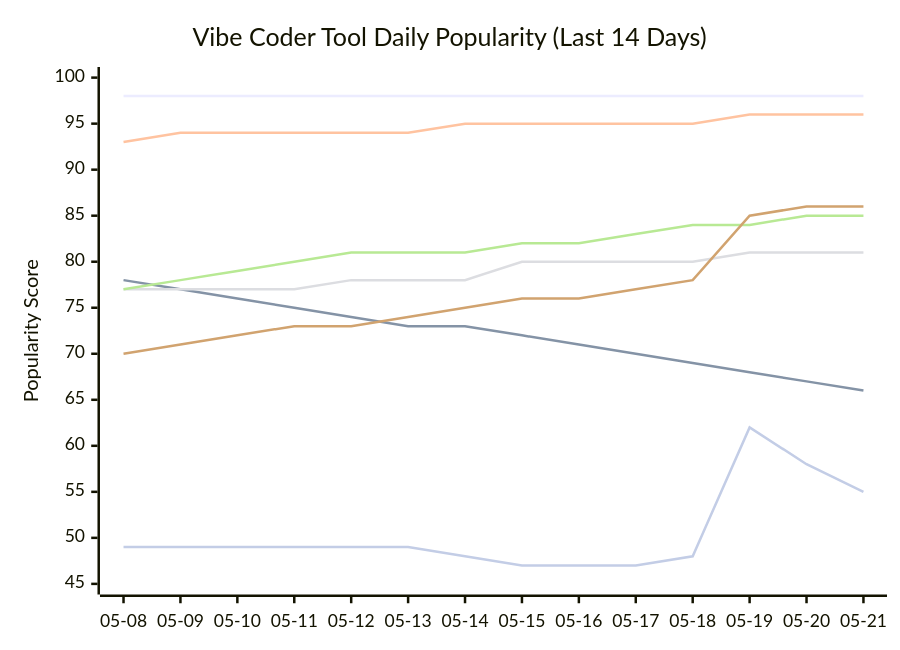
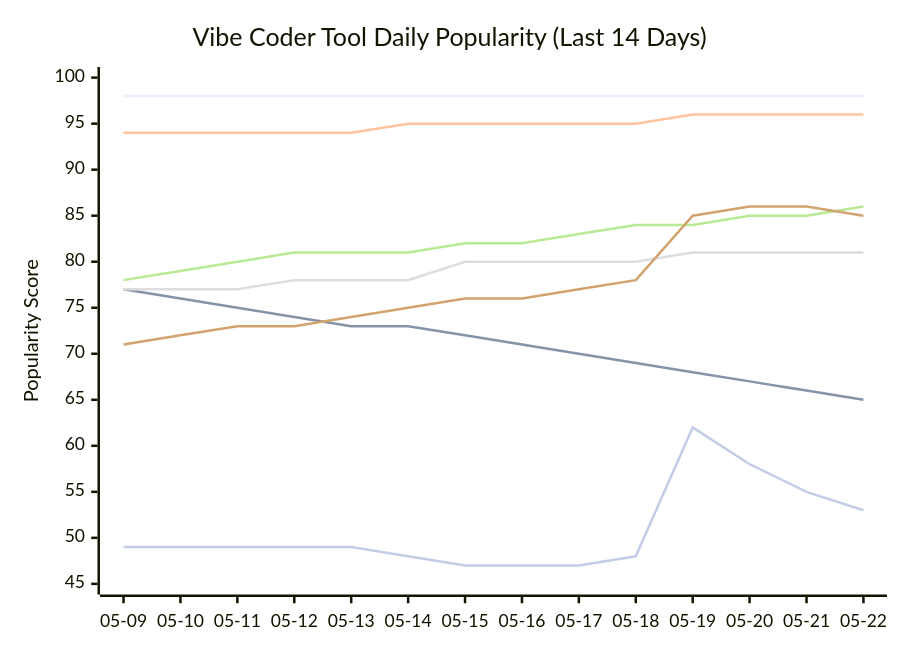
The seventh of 11 diagrams in README.md (tykimos/ai-whatchelin), drawn with Mermaid before and after one commit. The commit also changed other lines of this file and 4 other files, not shown here.

````diff
--- a/README.md
+++ b/README.md
@@ -912,13 +938,13 @@
 ```mermaid
 xychart-beta
     title "Vibe Coder Tool Daily Popularity (Last 14 Days)"
-    x-axis ["05-08", "05-09", "05-10", "05-11", "05-12", "05-13", "05-14", "05-15", "05-16", "05-17", "05-18", "05-19", "05-20", "05-21"]
+    x-axis ["05-09", "05-10", "05-11", "05-12", "05-13", "05-14", "05-15", "05-16", "05-17", "05-18", "05-19", "05-20", "05-21", "05-22"]
     y-axis "Popularity Score" 45 --> 100
     line "Claude Code" [98, 98, 98, 98, 98, 98, 98, 98, 98, 98, 98, 98, 98, 98]
-    line "GH Copilot" [78, 77, 76, 75, 74, 73, 73, 72, 71, 70, 69, 68, 67, 66]
-    line "Cursor" [93, 94, 94, 94, 94, 94, 95, 95, 95, 95, 95, 96, 96, 96]
-    line "Windsurf" [77, 77, 77, 77, 78, 78, 78, 80, 80, 80, 80, 81, 81, 81]
-    line "Codex CLI" [77, 78, 79, 80, 81, 81, 81, 82, 82, 83, 84, 84, 85, 85]
-    line "Gemini CLI" [70, 71, 72, 73, 73, 74, 75, 76, 76, 77, 78, 85, 86, 86]
-    line "Antigravity" [49, 49, 49, 49, 49, 49, 48, 47, 47, 47, 48, 62, 58, 55]
+    line "GH Copilot" [77, 76, 75, 74, 73, 73, 72, 71, 70, 69, 68, 67, 66, 65]
+    line "Cursor" [94, 94, 94, 94, 94, 95, 95, 95, 95, 95, 96, 96, 96, 96]
+    line "Windsurf" [77, 77, 77, 78, 78, 78, 80, 80, 80, 80, 81, 81, 81, 81]
+    line "Codex CLI" [78, 79, 80, 81, 81, 81, 82, 82, 83, 84, 84, 85, 85, 86]
+    line "Gemini CLI" [71, 72, 73, 73, 74, 75, 76, 76, 77, 78, 85, 86, 86, 85]
+    line "Antigravity" [49, 49, 49, 49, 49, 48, 47, 47, 47, 48, 62, 58, 55, 53]
 ```
````
